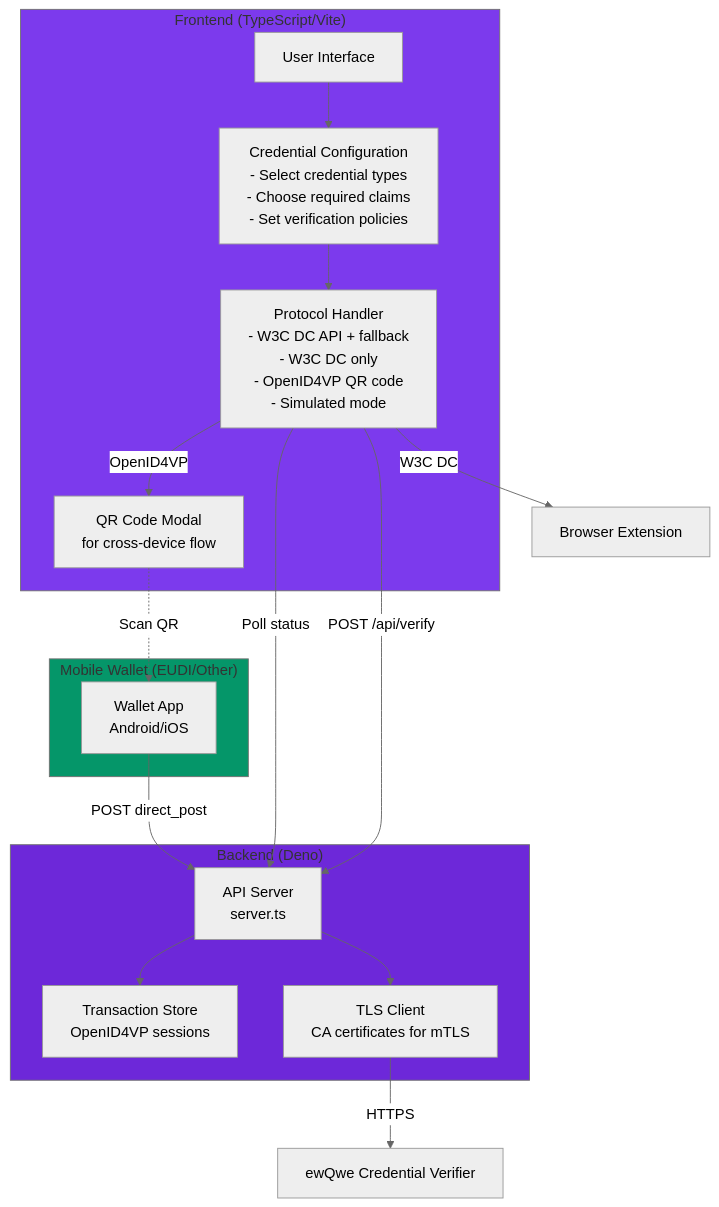
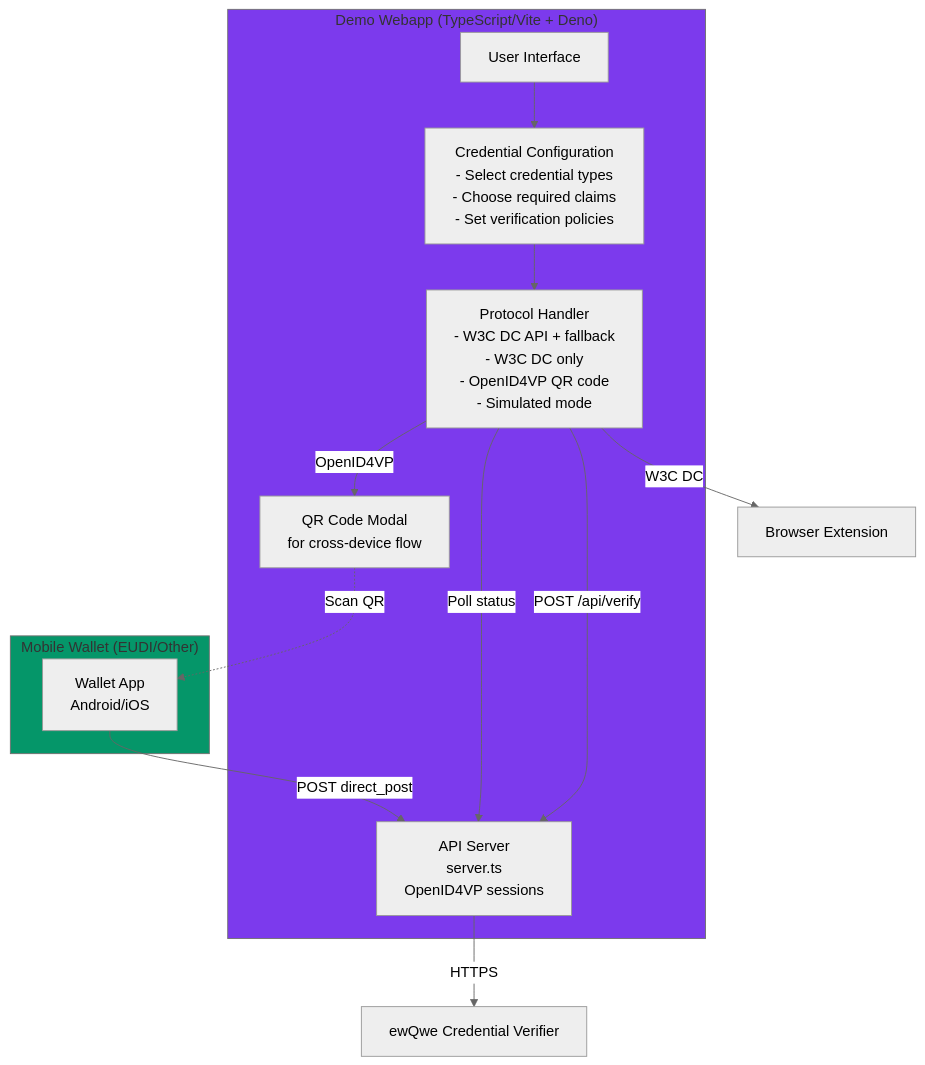
The first of 4 diagrams in documentation/src/demo_webapp.md (rd-ewqwe/ewqwe-identity), drawn with Mermaid (neutral theme) before and after one commit. The commit also changed other lines of this file and 4 other files, not shown here.

````diff
--- a/documentation/src/demo_webapp.md
+++ b/documentation/src/demo_webapp.md
@@ -25,35 +25,27 @@
 ```mermaid
 flowchart TB
-    subgraph Frontend["Frontend (TypeScript/Vite)"]
+    subgraph Webapp["Demo Webapp (TypeScript/Vite + Deno)"]
         UI[User Interface]
         CredConfig[Credential Configuration<br/>- Select credential types<br/>- Choose required claims<br/>- Set verification policies]
         Protocol[Protocol Handler<br/>- W3C DC API + fallback<br/>- W3C DC only<br/>- OpenID4VP QR code<br/>- Simulated mode]
         QRModal[QR Code Modal<br/>for cross-device flow]
+        APIServer[API Server<br/>server.ts<br/>OpenID4VP sessions]
     end
-    
-    subgraph Backend["Backend (Deno)"]
-        APIServer[API Server<br/>server.ts]
-        TxStore[Transaction Store<br/>OpenID4VP sessions]
-        TLSClient[TLS Client<br/>CA certificates for mTLS]
-    end
-    
+
     subgraph MobileWallet["Mobile Wallet (EUDI/Other)"]
         WalletApp[Wallet App<br/>Android/iOS]
     end
-    
+
     UI --> CredConfig
     CredConfig --> Protocol
     Protocol -->|W3C DC| BrowserExt[Browser Extension]
     Protocol -->|OpenID4VP| QRModal
     QRModal -.->|Scan QR| WalletApp
     WalletApp -->|POST direct_post| APIServer
     Protocol -->|Poll status| APIServer
-    APIServer --> TxStore
     Protocol -->|POST /api/verify| APIServer
-    APIServer --> TLSClient
-    TLSClient -->|HTTPS| CredVerifier[ewQwe Credential Verifier]
-    
-    style Frontend fill:#7c3aed
-    style Backend fill:#6d28d9
+    APIServer -->|HTTPS| CredVerifier[ewQwe Credential Verifier]
+
+    style Webapp fill:#7c3aed
     style MobileWallet fill:#059669
 ```
````
